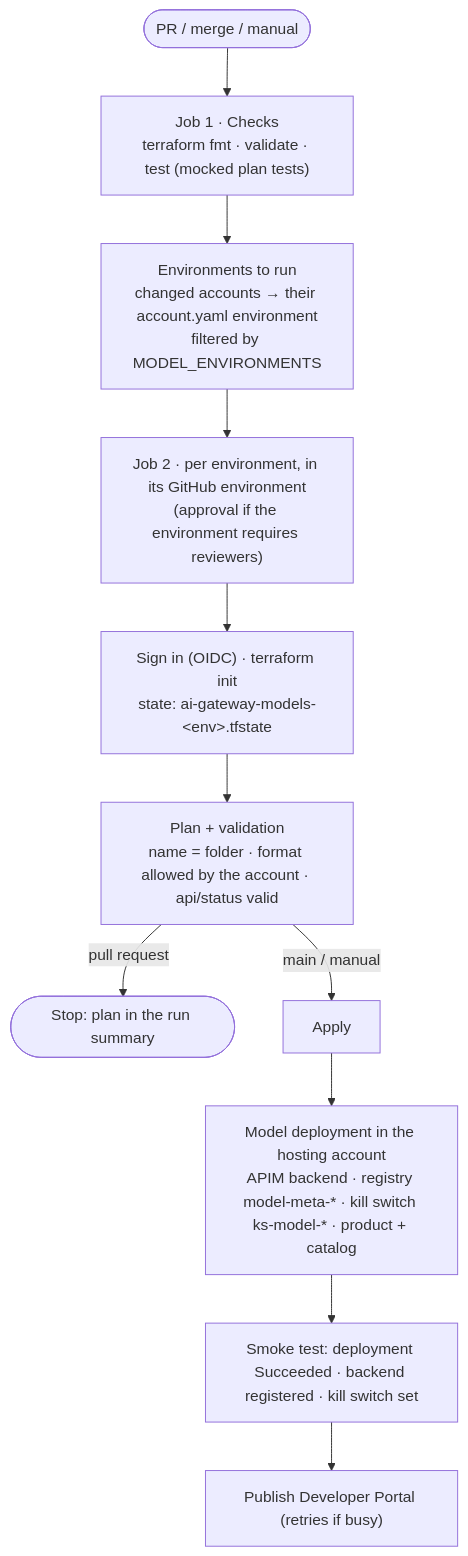
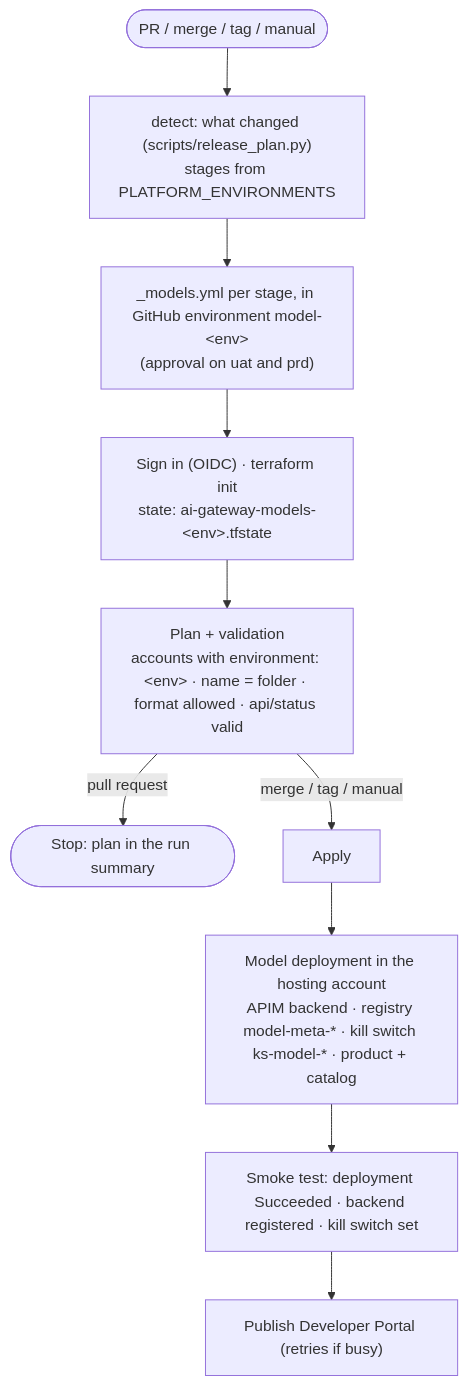
The second of 2 diagrams in gateway/README.md (DeepuMM/ai-gateway), drawn with Mermaid before and after one commit. The commit also changed other lines of this file and 33 other files, not shown here.

````diff
--- a/gateway/README.md
+++ b/gateway/README.md
@@ -73,13 +74,12 @@
 ```mermaid
 flowchart TD
-  T([PR / merge / manual]) --> C1["Job 1 · Checks<br/>terraform fmt · validate · test (mocked plan tests)"]
-  C1 --> M["Environments to run<br/>changed accounts → their account.yaml environment<br/>filtered by MODEL_ENVIRONMENTS"]
-  M --> L["Job 2 · per environment, in its GitHub environment<br/>(approval if the environment requires reviewers)"]
+  T([PR / merge / tag / manual]) --> D["detect: what changed (scripts/release_plan.py)<br/>stages from PLATFORM_ENVIRONMENTS"]
+  D --> L["_models.yml per stage, in GitHub environment model-&lt;env&gt;<br/>(approval on uat and prd)"]
   L --> I["Sign in (OIDC) · terraform init<br/>state: ai-gateway-models-&lt;env&gt;.tfstate"]
-  I --> P["Plan + validation<br/>name = folder · format allowed by the account · api/status valid"]
+  I --> P["Plan + validation<br/>accounts with environment: &lt;env&gt; · name = folder · format allowed · api/status valid"]
   P -->|pull request| S1([Stop: plan in the run summary])
-  P -->|main / manual| A1["Apply"]
+  P -->|merge / tag / manual| A1["Apply"]
   A1 --> R1["Model deployment in the hosting account<br/>APIM backend · registry model-meta-* · kill switch ks-model-* · product + catalog"]
   R1 --> SM["Smoke test: deployment Succeeded · backend registered · kill switch set"]
   SM --> PP["Publish Developer Portal (retries if busy)"]
 ```
````
